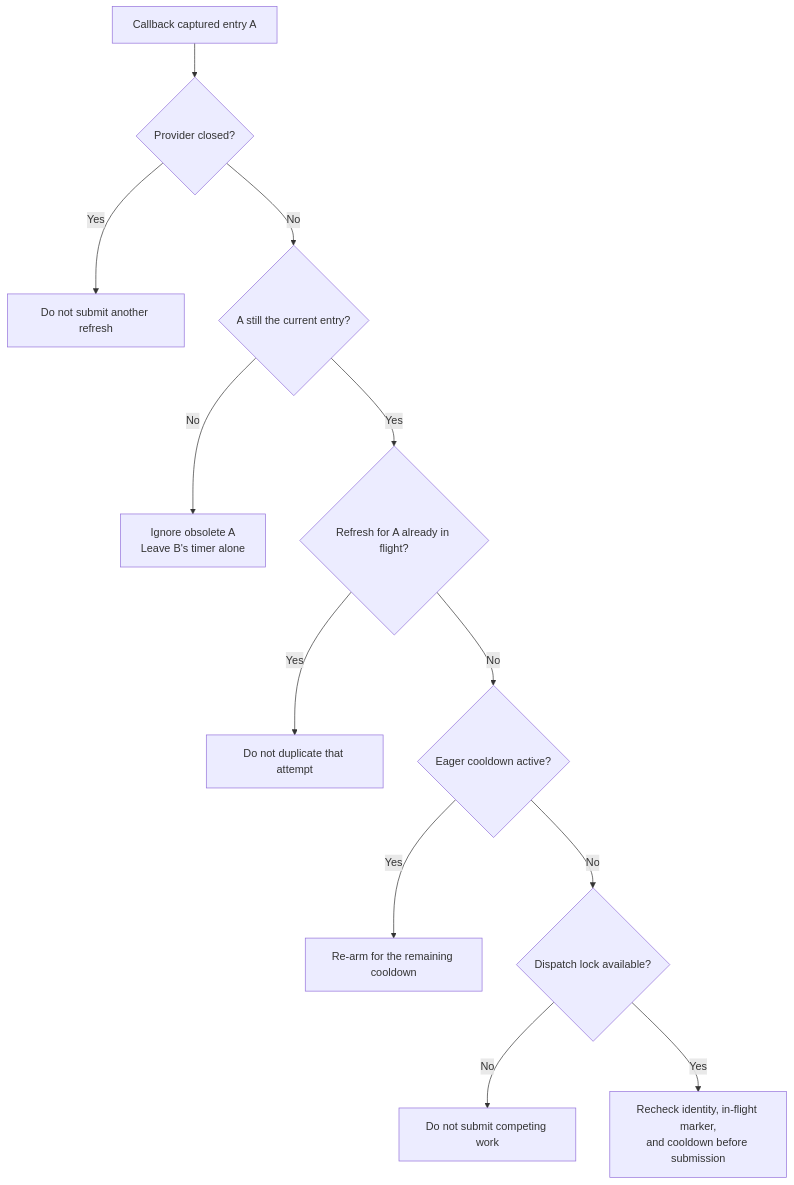
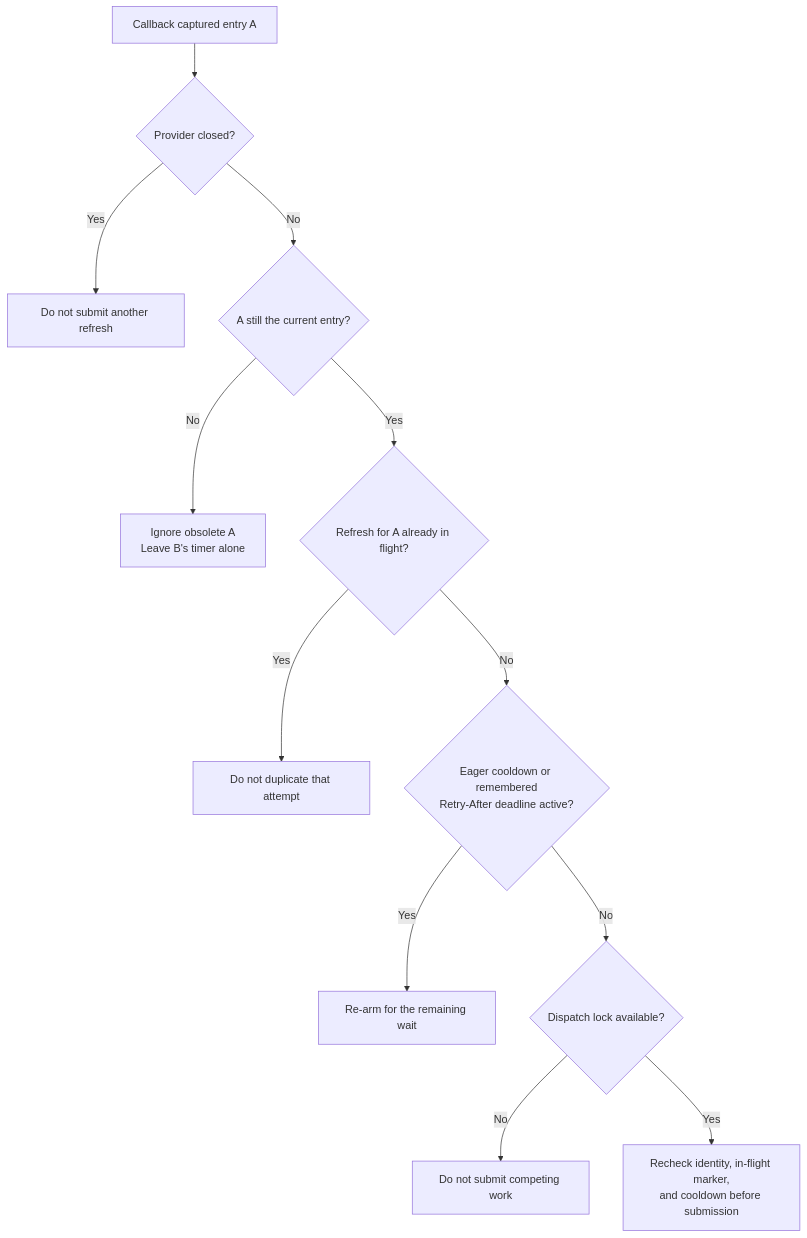
One commit to entur/jwt-resource-server changed the tenth of 11 diagrams in jwt-client/docs/eager-preemptive-refresh/README.md. Above: the diagram before and after it, drawn with Mermaid. The commit also changed other lines of this file and 4 other files, not shown here.

First line of the commit message:
Retain the learned Retry-After deadline in the preemptive cache

````diff
--- a/jwt-client/docs/eager-preemptive-refresh/README.md
+++ b/jwt-client/docs/eager-preemptive-refresh/README.md
@@ -282,14 +282,14 @@
 ```mermaid
 flowchart TD
     A["Callback captured entry A"] --> Closed{"Provider closed?"}
     Closed -->|Yes| Stop["Do not submit another refresh"]
     Closed -->|No| Current{"A still the current entry?"}
     Current -->|No| Stale["Ignore obsolete A<br/>Leave B's timer alone"]
     Current -->|Yes| Inflight{"Refresh for A already in flight?"}
     Inflight -->|Yes| Existing["Do not duplicate that attempt"]
-    Inflight -->|No| Cooldown{"Eager cooldown active?"}
-    Cooldown -->|Yes| Rearm["Re-arm for the remaining cooldown"]
+    Inflight -->|No| Cooldown{"Eager cooldown or remembered<br/>Retry-After deadline active?"}
+    Cooldown -->|Yes| Rearm["Re-arm for the remaining wait"]
     Cooldown -->|No| Lock{"Dispatch lock available?"}
     Lock -->|No| Skip["Do not submit competing work"]
     Lock -->|Yes| Recheck["Recheck identity, in-flight marker,<br/>and cooldown before submission"]
 ```
````
